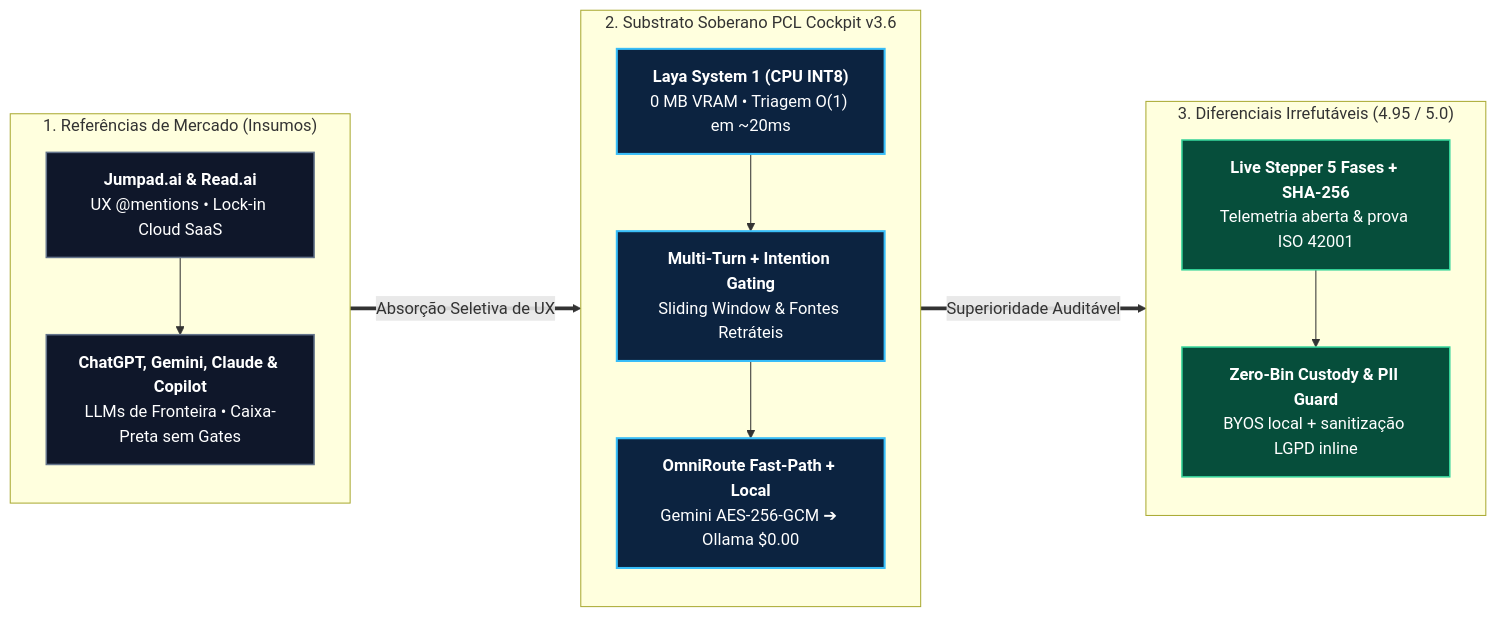
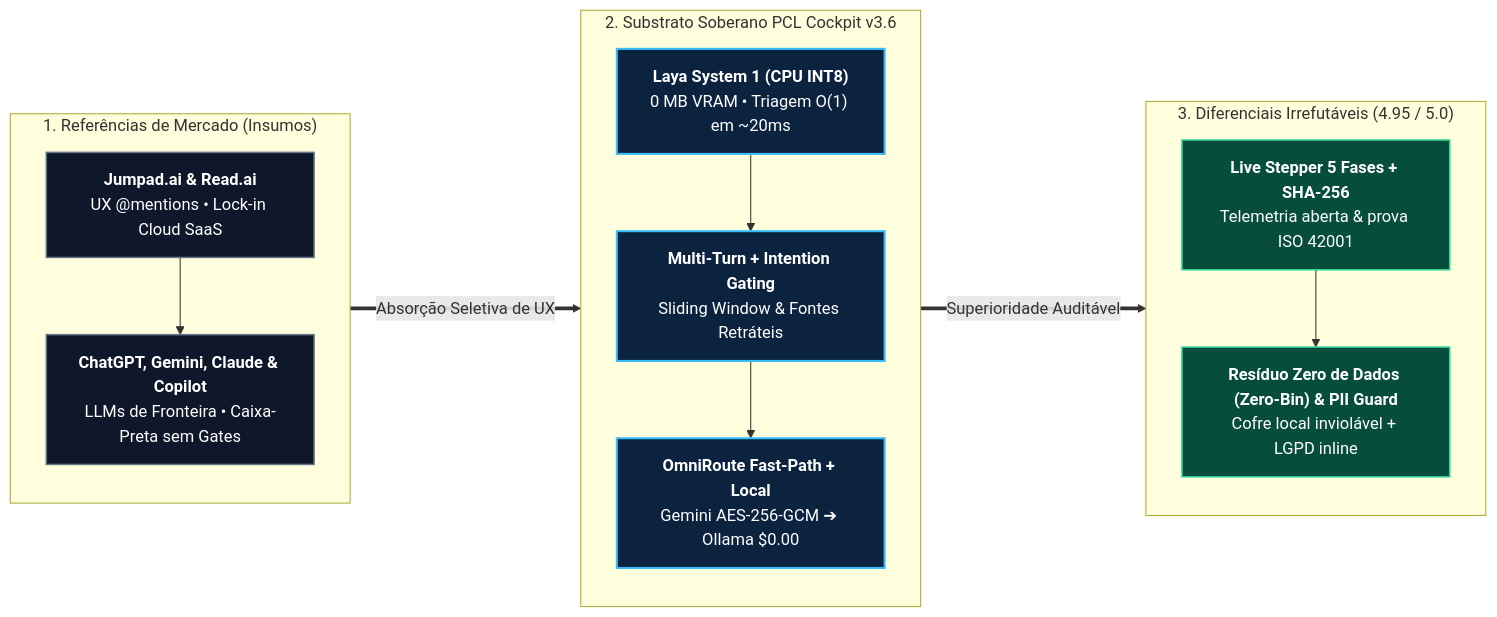
Before and after one commit to EnterDufter/PromptCoreLabs_AEOS: the diagram in knowledge/warm/competitive/PCL_COCKPIT_COMPETITIVE_MATRIX.md, drawn with Mermaid. The commit also changed other lines of this file and 5 other files, not shown here.

````diff
--- a/knowledge/warm/competitive/PCL_COCKPIT_COMPETITIVE_MATRIX.md
+++ b/knowledge/warm/competitive/PCL_COCKPIT_COMPETITIVE_MATRIX.md
@@ -28,30 +29,30 @@
 ```mermaid
 flowchart LR
     classDef market fill:#0f172a,stroke:#64748b,stroke-width:1.5px,color:#ffffff;
     classDef pcl fill:#0c2340,stroke:#38bdf8,stroke-width:2px,color:#ffffff;
     classDef win fill:#064e3b,stroke:#34d399,stroke-width:1.5px,color:#ffffff;
 
     subgraph MKT["1. Referências de Mercado (Insumos)"]
         direction TB
         JUMP["<b>Jumpad.ai & Read.ai</b><br/>UX @mentions • Lock-in Cloud SaaS"]:::market
         BIG["<b>ChatGPT, Gemini, Claude & Copilot</b><br/>LLMs de Fronteira • Caixa-Preta sem Gates"]:::market
         JUMP --> BIG
     end
 
     subgraph CORE["2. Substrato Soberano PCL Cockpit v3.6"]
         direction TB
         C1["<b>Laya System 1 (CPU INT8)</b><br/>0 MB VRAM • Triagem O(1) em ~20ms"]:::pcl
         C2["<b>Multi-Turn + Intention Gating</b><br/>Sliding Window & Fontes Retráteis"]:::pcl
         C3["<b>OmniRoute Fast-Path + Local</b><br/>Gemini AES-256-GCM ➔ Ollama $0.00"]:::pcl
         C1 --> C2 --> C3
     end
 
     subgraph ADV["3. Diferenciais Irrefutáveis (4.95 / 5.0)"]
         direction TB
         A1["<b>Live Stepper 5 Fases + SHA-256</b><br/>Telemetria aberta & prova ISO 42001"]:::win
-        A2["<b>Zero-Bin Custody & PII Guard</b><br/>BYOS local + sanitização LGPD inline"]:::win
+        A2["<b>Resíduo Zero de Dados (Zero-Bin) & PII Guard</b><br/>Cofre local inviolável + LGPD inline"]:::win
         A1 --> A2
     end
 
     MKT ==>|"Absorção Seletiva de UX"| CORE ==>|"Superioridade Auditável"| ADV
 ```
````
